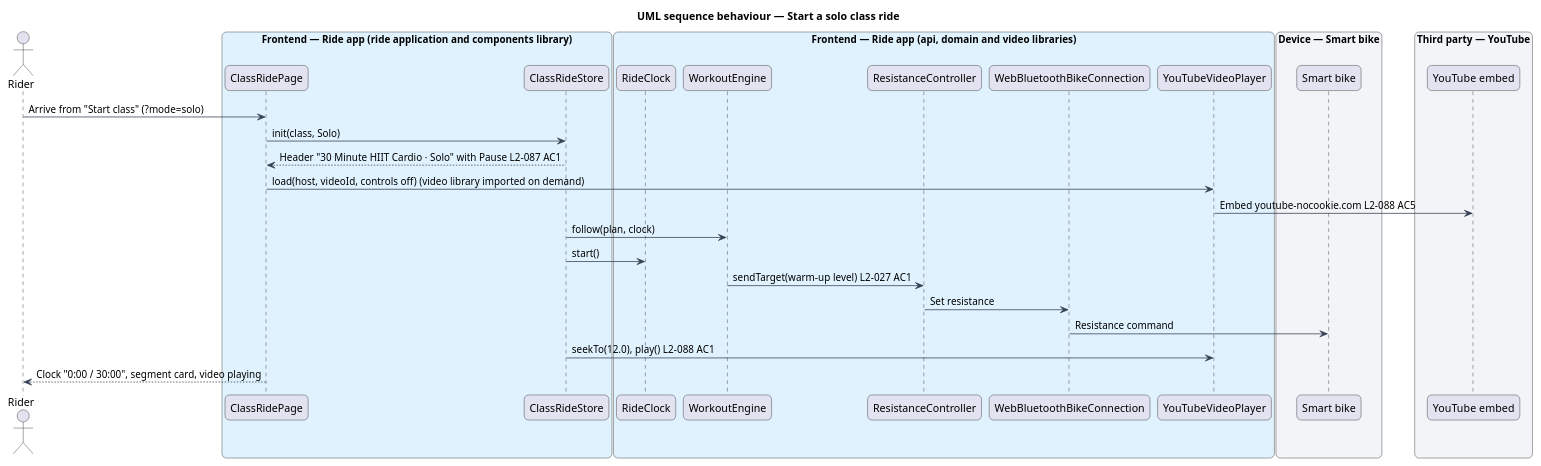
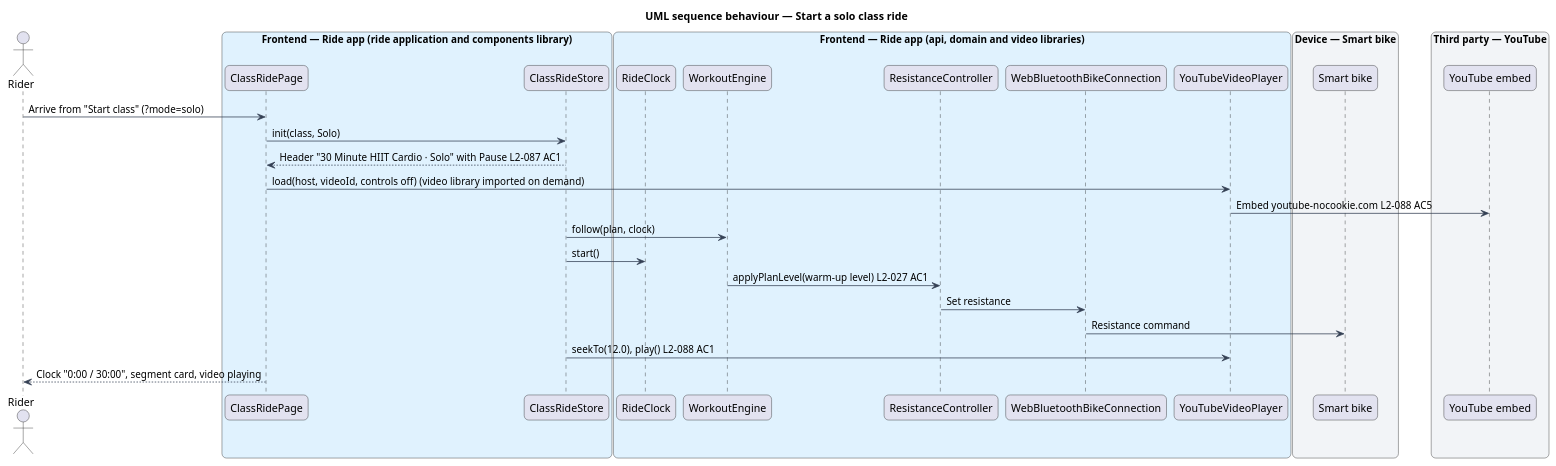
Before and after one commit to QuinntyneBrown/ride-one: the diagram in docs/detailed-designs/classes/ride-a-class/diagrams/sequence-start-a-solo-class-ride.puml, drawn with PlantUML. The commit also changed 17 other files, not shown here.

```diff
--- a/docs/detailed-designs/classes/ride-a-class/diagrams/sequence-start-a-solo-class-ride.puml
+++ b/docs/detailed-designs/classes/ride-a-class/diagrams/sequence-start-a-solo-class-ride.puml
@@ -1,47 +1,47 @@
 @startuml
 title UML sequence behaviour — Start a solo class ride
 skinparam backgroundColor #FFFFFF
 skinparam shadowing false
 skinparam roundcorner 12
 skinparam defaultFontName Arial
 skinparam ArrowColor #344054
 skinparam rectangle {
   BorderColor #344054
   FontColor #101828
 }
 skinparam package {
   BorderColor #667085
   FontColor #101828
   BackgroundColor #F9FAFB
 }
 actor "Rider" as rider
 box "Frontend — Ride app (ride application and components library)" #E0F2FE
   participant "ClassRidePage" as page
   participant "ClassRideStore" as store
 end box
 box "Frontend — Ride app (api, domain and video libraries)" #E0F2FE
   participant "RideClock" as clock
   participant "WorkoutEngine" as engine
   participant "ResistanceController" as resist
   participant "WebBluetoothBikeConnection" as conn
   participant "YouTubeVideoPlayer" as player
 end box
 box "Device — Smart bike" #F2F4F7
   participant "Smart bike" as bike
 end box
 box "Third party — YouTube" #F2F4F7
   participant "YouTube embed" as yt
 end box
 rider -> page : Arrive from "Start class" (?mode=solo)
 page -> store : init(class, Solo)
 store --> page : Header "30 Minute HIIT Cardio · Solo" with Pause L2-087 AC1
 page -> player : load(host, videoId, controls off) (video library imported on demand)
 player -> yt : Embed youtube-nocookie.com L2-088 AC5
 store -> engine : follow(plan, clock)
 store -> clock : start()
-engine -> resist : sendTarget(warm-up level) L2-027 AC1
+engine -> resist : applyPlanLevel(warm-up level) L2-027 AC1
 resist -> conn : Set resistance
 conn -> bike : Resistance command
 store -> player : seekTo(12.0), play() L2-088 AC1
 page --> rider : Clock "0:00 / 30:00", segment card, video playing
 @enduml
```
